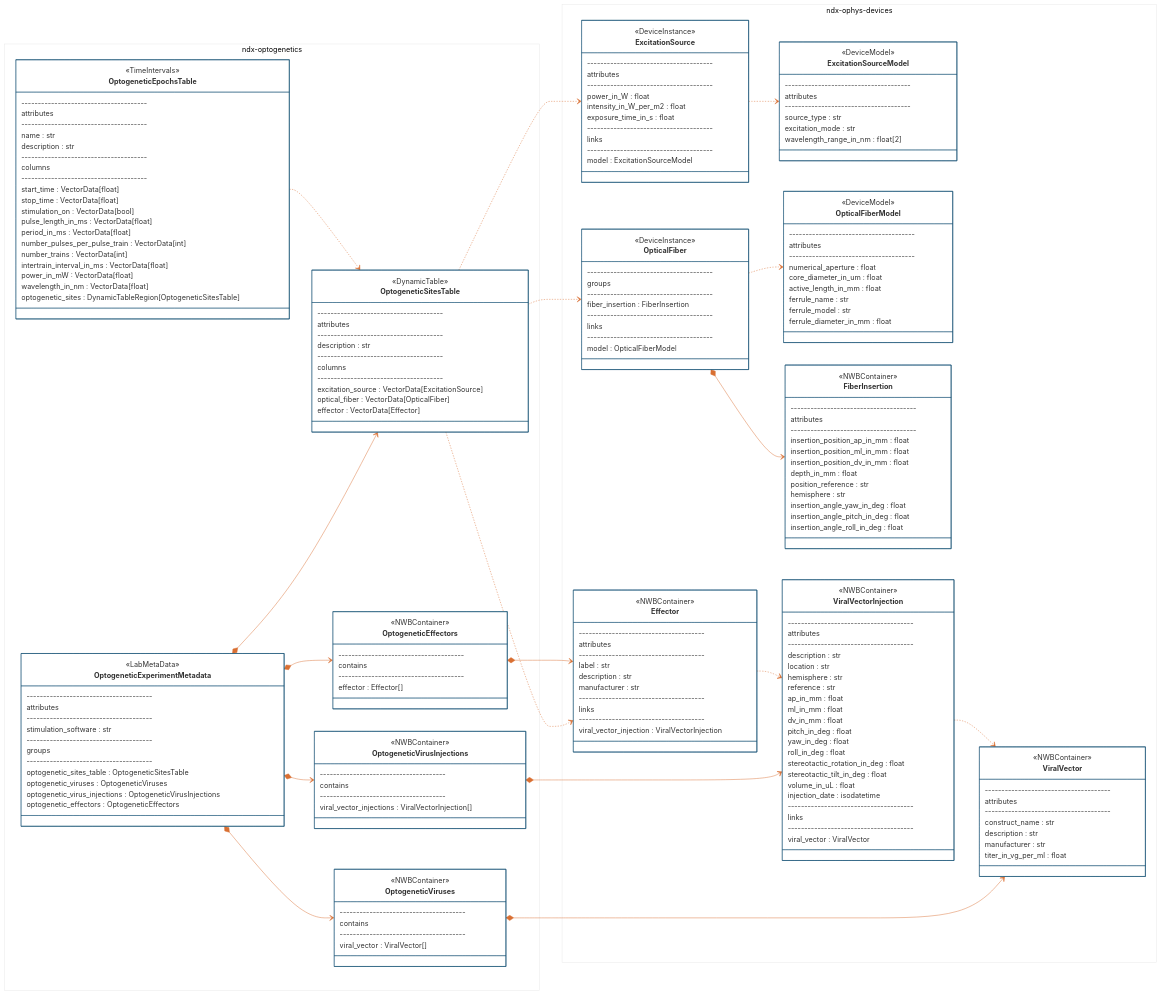
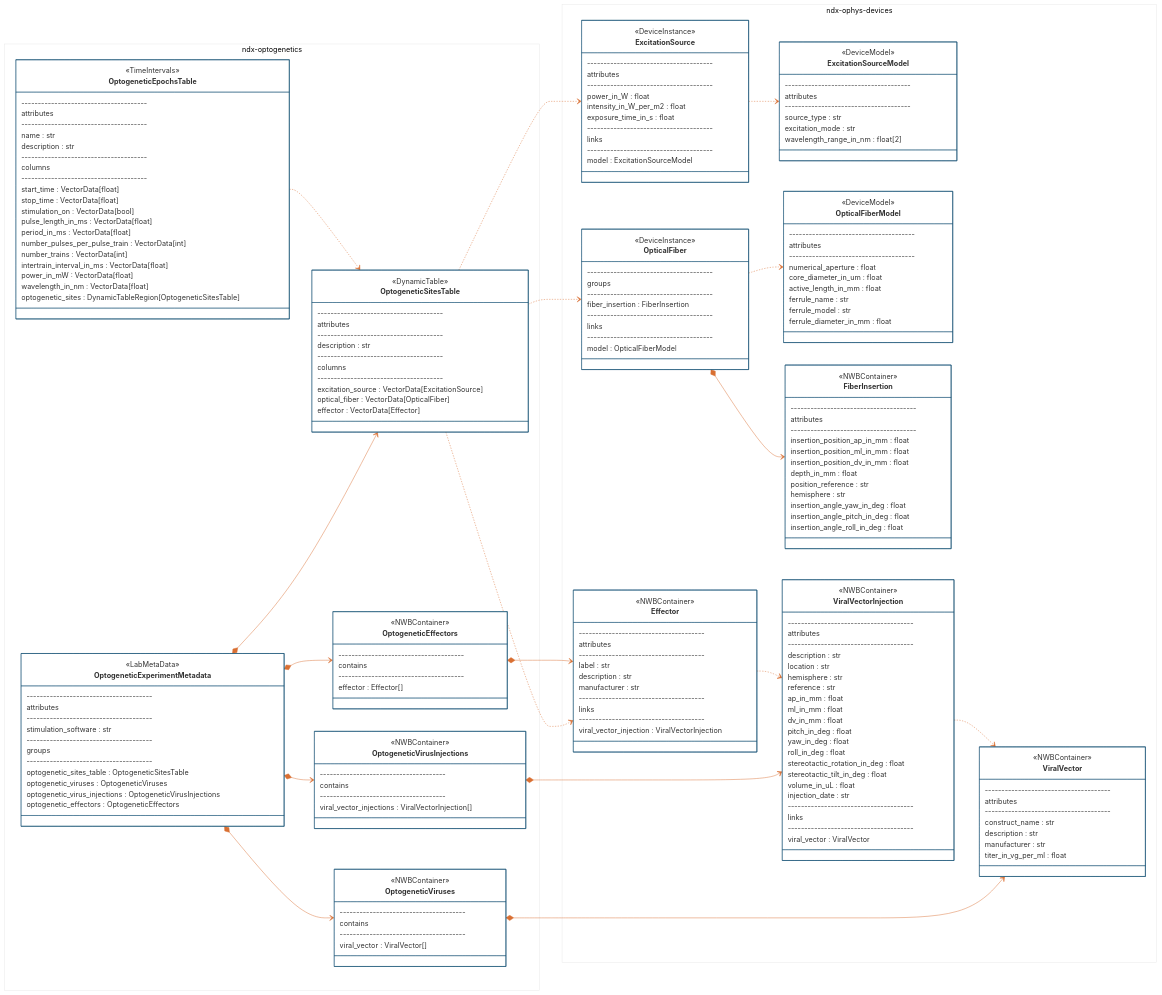
The diagram in README.md (rly/ndx-optogenetics), drawn with Mermaid before and after one commit. The commit also changed other lines of this file and 1 other file, not shown here.

Commit message:
updated injection_date

```diff
--- a/README.md
+++ b/README.md
@@ -318,7 +318,7 @@
             stereotactic_rotation_in_deg : float
             stereotactic_tilt_in_deg : float
             volume_in_uL : float
-            injection_date : isodatetime
+            injection_date : str
             --------------------------------------
             links
             --------------------------------------
```
